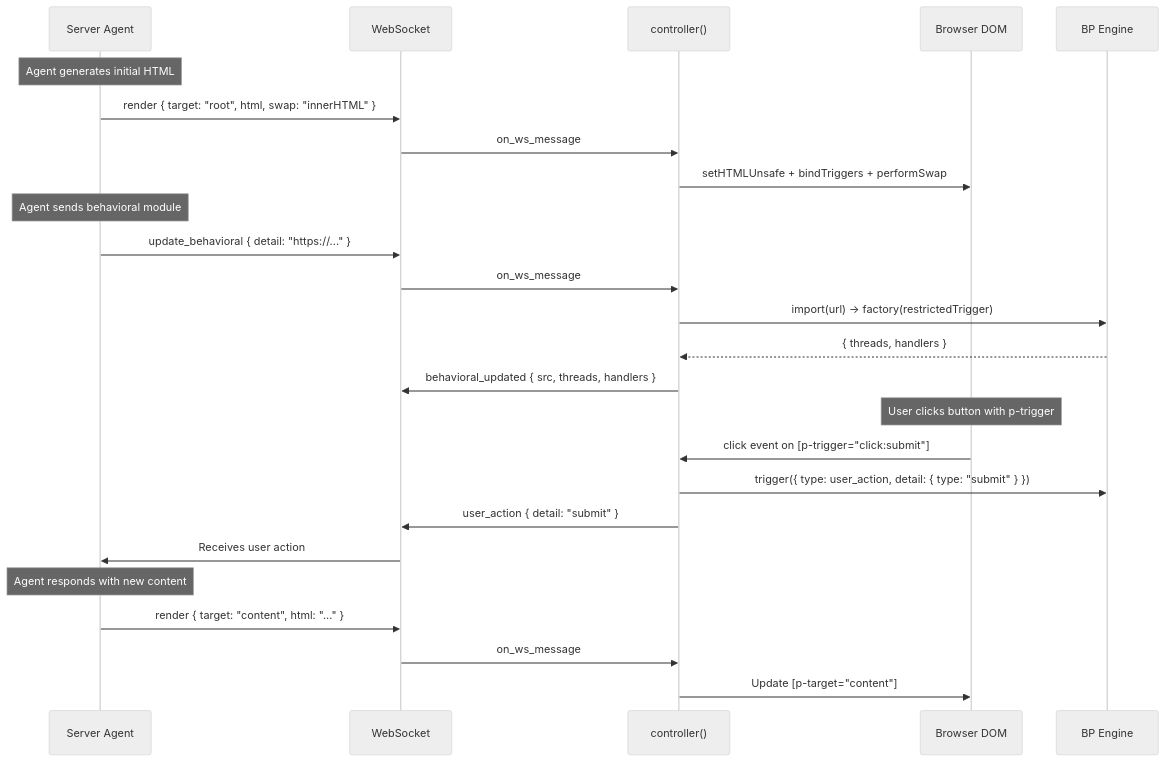
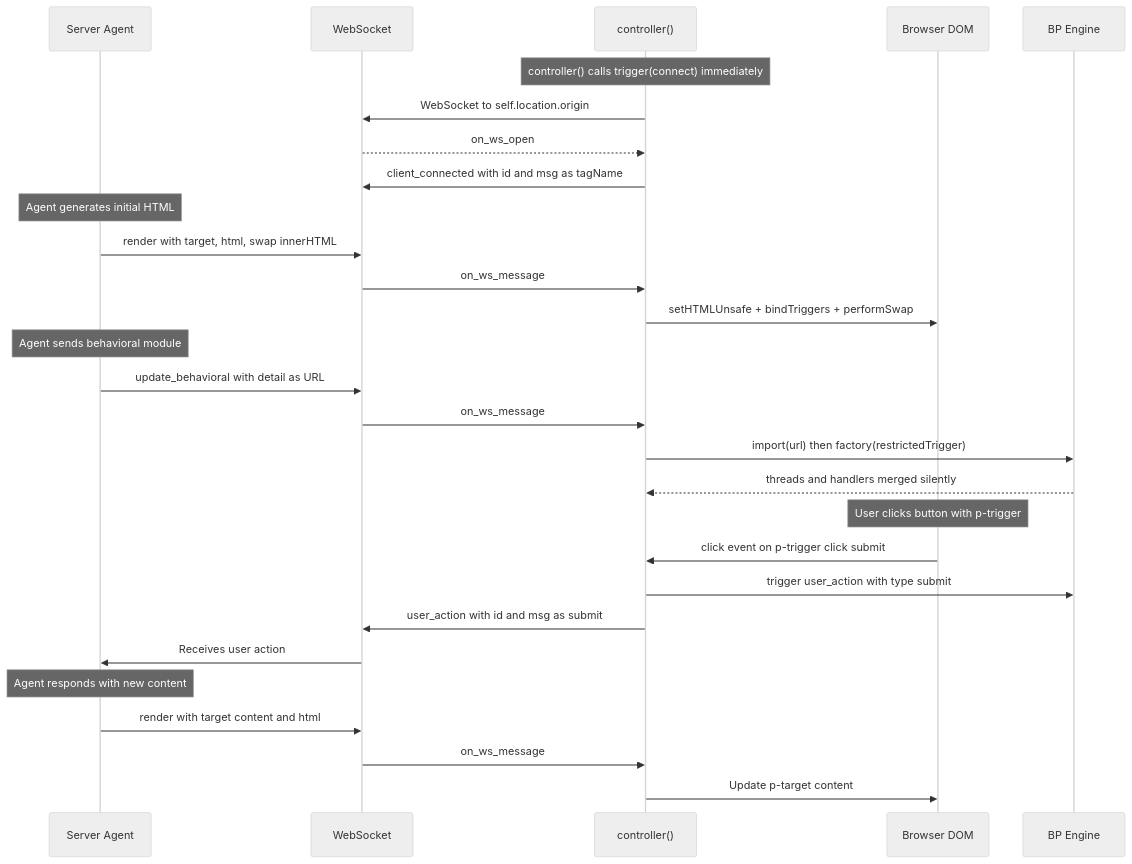
Before and after one commit to plaited/plaited: the second of 2 diagrams in skills/generative-ui/SKILL.md, drawn with Mermaid (neutral theme). The commit also changed other lines of this file and 257 other files, not shown here.

````diff
--- a/skills/generative-ui/SKILL.md
+++ b/skills/generative-ui/SKILL.md
@@ -290,31 +280,35 @@
 ```mermaid
 sequenceDiagram
     participant Agent as Server Agent
     participant WS as WebSocket
     participant Ctrl as controller()
     participant DOM as Browser DOM
     participant BP as BP Engine
 
+    Note over Ctrl: controller() calls trigger(connect) immediately
+    Ctrl->>WS: WebSocket to self.location.origin
+    WS-->>Ctrl: on_ws_open
+    Ctrl->>WS: client_connected with id and msg as tagName
+
     Note over Agent: Agent generates initial HTML
-    Agent->>WS: render { target: "root", html, swap: "innerHTML" }
+    Agent->>WS: render with target, html, swap innerHTML
     WS->>Ctrl: on_ws_message
     Ctrl->>DOM: setHTMLUnsafe + bindTriggers + performSwap
 
     Note over Agent: Agent sends behavioral module
-    Agent->>WS: update_behavioral { detail: "https://..." }
+    Agent->>WS: update_behavioral with detail as URL
     WS->>Ctrl: on_ws_message
-    Ctrl->>BP: import(url) → factory(restrictedTrigger)
-    BP-->>Ctrl: { threads, handlers }
-    Ctrl->>WS: behavioral_updated { src, threads, handlers }
+    Ctrl->>BP: import(url) then factory(restrictedTrigger)
+    BP-->>Ctrl: threads and handlers merged silently
 
     Note over DOM: User clicks button with p-trigger
-    DOM->>Ctrl: click event on [p-trigger="click:submit"]
-    Ctrl->>BP: trigger({ type: user_action, detail: { type: "submit" } })
-    Ctrl->>WS: user_action { detail: "submit" }
+    DOM->>Ctrl: click event on p-trigger click submit
+    Ctrl->>BP: trigger user_action with type submit
+    Ctrl->>WS: user_action with id and msg as submit
     WS->>Agent: Receives user action
 
     Note over Agent: Agent responds with new content
-    Agent->>WS: render { target: "content", html: "..." }
+    Agent->>WS: render with target content and html
     WS->>Ctrl: on_ws_message
-    Ctrl->>DOM: Update [p-target="content"]
+    Ctrl->>DOM: Update p-target content
 ```
````
